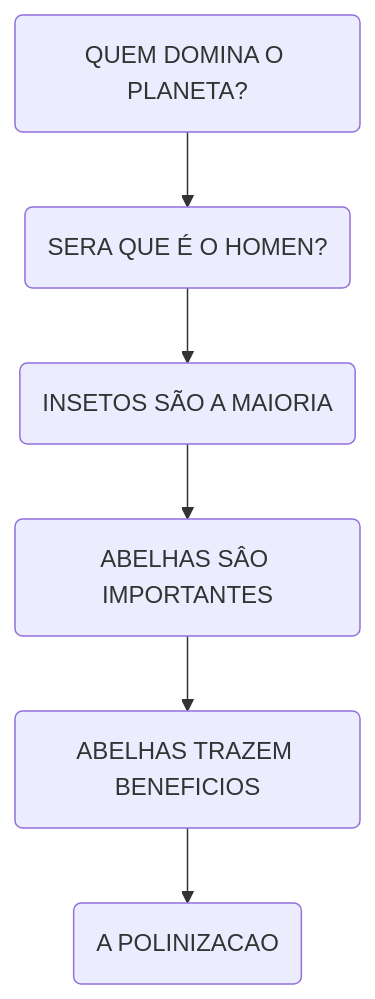
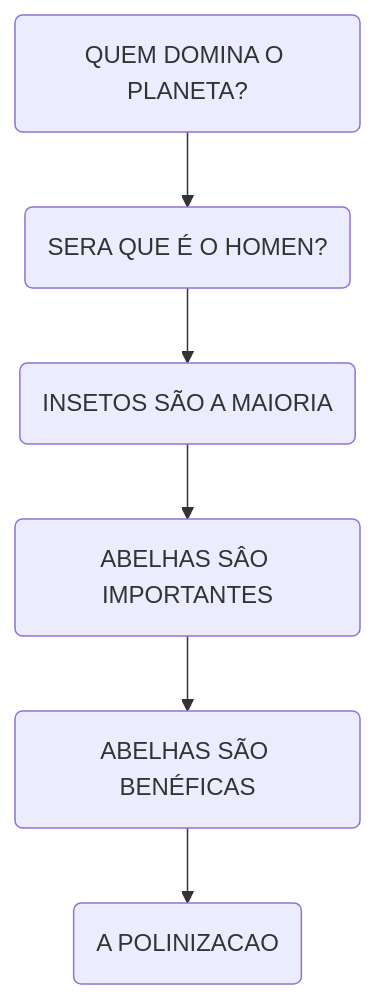
One commit to f290DSM/f290_dsm_pi6_rubrica_portfolio changed the first of 2 diagrams in README.md. Above: the diagram before and after it, drawn with Mermaid.

````diff
--- a/README.md
+++ b/README.md
@@ -105,16 +105,16 @@
 ```mermaid
 graph TB
 a(QUEM DOMINA O PLANETA?)
 b(SERA QUE É O HOMEN?)
 c(INSETOS SÃO A MAIORIA)
 d(ABELHAS SÂO IMPORTANTES)
-e(ABELHAS TRAZEM BENEFICIOS)
+e(ABELHAS SÃO BENÉFICAS)
 f(A POLINIZACAO)
 
 a --> b 
 b --> c 
 c --> d 
 d --> e 
 e --> f
 
 ```
````
